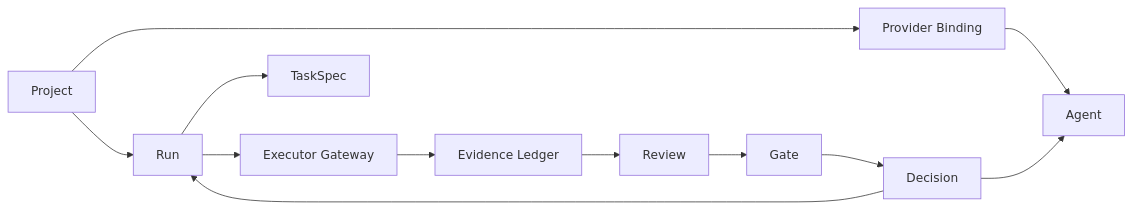
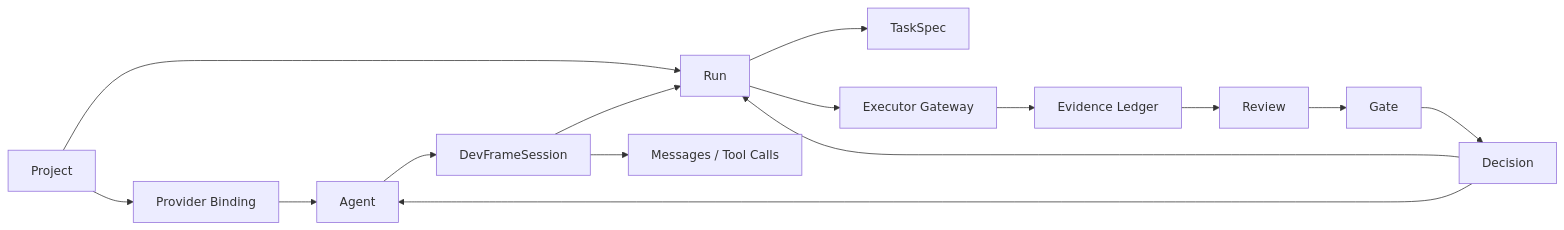
Before and after one commit to RD2100/dev-frame-system: the diagram in docs/agent-runtime/visual-control-plane.md, drawn with Mermaid. The commit also changed other lines of this file and 58 other files, not shown here.

````diff
--- a/docs/agent-runtime/visual-control-plane.md
+++ b/docs/agent-runtime/visual-control-plane.md
@@ -84,14 +85,17 @@
 ```mermaid
 flowchart LR
   P["Project"] --> B["Provider Binding"]
   B --> A["Agent"]
+  A --> S["DevFrameSession"]
   P --> R["Run"]
+  S --> R
+  S --> M["Messages / Tool Calls"]
   R --> T["TaskSpec"]
   R --> X["Executor Gateway"]
   X --> E["Evidence Ledger"]
   E --> V["Review"]
   V --> G["Gate"]
   G --> D["Decision"]
   D --> R
   D --> A
 ```
````
